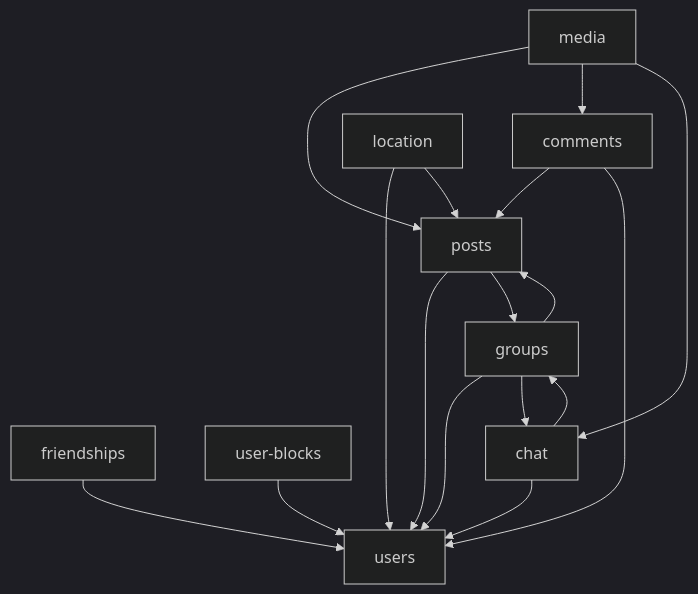
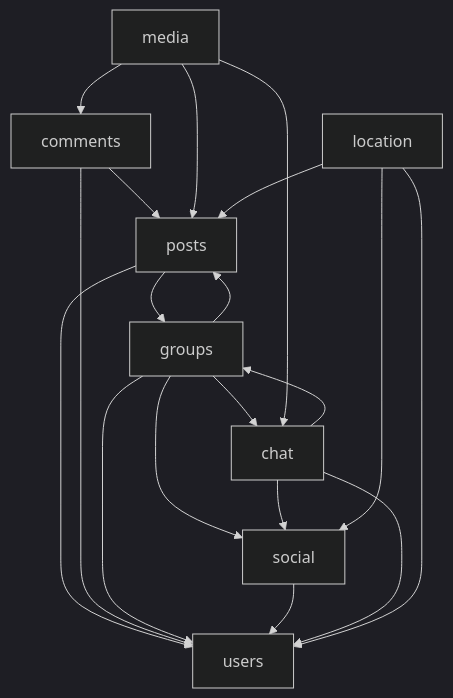
Before and after one commit to Atsilut/Tangle-study: the diagram in docs/SERVICE_BOUNDARIES.md, drawn with Mermaid (dark theme). The commit also changed other lines of this file and 12 other files, not shown here.

````diff
--- a/docs/SERVICE_BOUNDARIES.md
+++ b/docs/SERVICE_BOUNDARIES.md
@@ -163,29 +160,30 @@
 ```mermaid
 flowchart TB
   Users[users]
   Posts[posts]
   Comments[comments]
   Groups[groups]
-  Friendships[friendships]
-  UserBlocks[user-blocks]
+  Social[social]
   Chat[chat]
   Media[media]
   Location[location]
 
   Posts --> Users
   Posts --> Groups
   Comments --> Posts
   Comments --> Users
   Groups --> Users
+  Groups --> Social
   Groups --> Posts
   Groups --> Chat
-  Friendships --> Users
-  UserBlocks --> Users
+  Social --> Users
   Chat --> Users
+  Chat --> Social
   Chat --> Groups
   Media --> Posts
   Media --> Comments
   Media --> Chat
   Location --> Users
+  Location --> Social
   Location --> Posts
 ```
````
